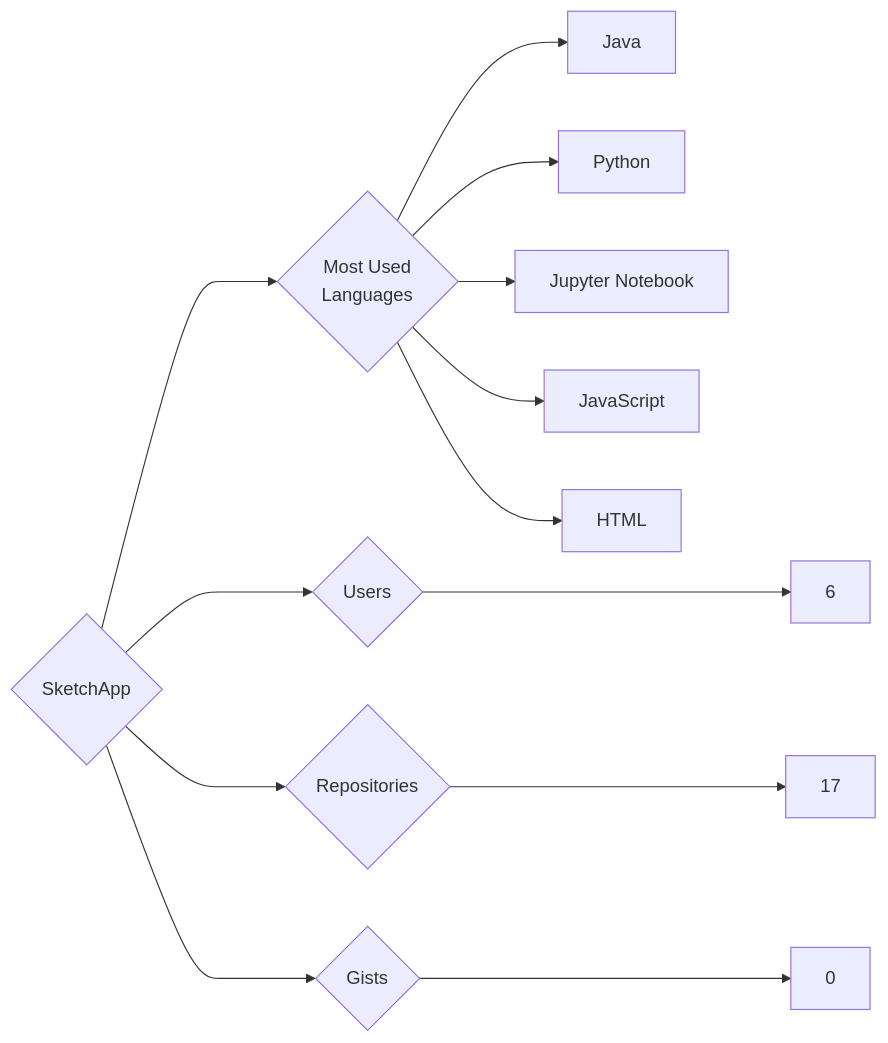
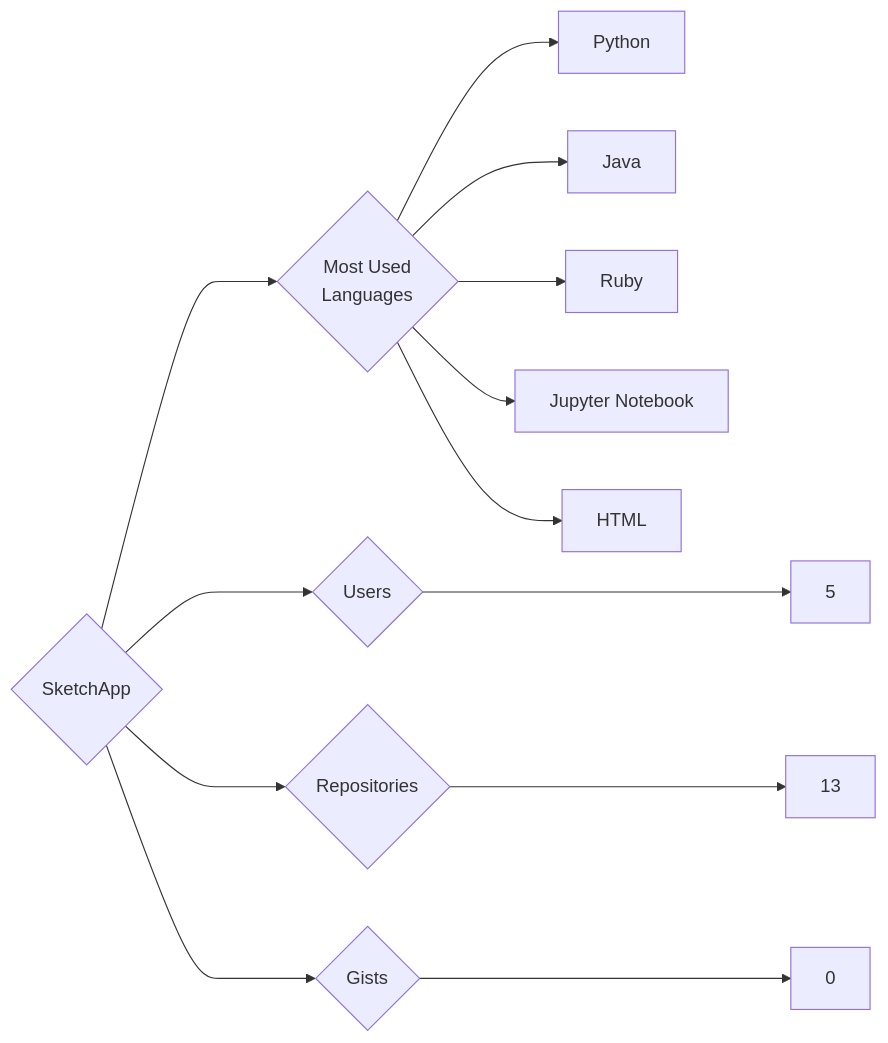
Before and after one commit to trickest/insiders: the diagram in targets/SketchApp/README.md, drawn with Mermaid. The commit also changed 1484 other files, not shown here.

````diff
--- a/targets/SketchApp/README.md
+++ b/targets/SketchApp/README.md
@@ -3,13 +3,13 @@
 ```mermaid
 graph LR
 COMPANY_NAME{SketchApp}
-COMPANY_NAME ---> U{Users} ---> UN[6]
-COMPANY_NAME ---> R{Repositories} ---> RN[17]
+COMPANY_NAME ---> U{Users} ---> UN[5]
+COMPANY_NAME ---> R{Repositories} ---> RN[13]
 COMPANY_NAME ---> G{Gists} ---> GN[0]
 COMPANY_NAME ---> ML{Most Used<br>Languages}
+ML --> Python[Python]
 ML --> Java[Java]
-ML --> Python[Python]
+ML --> Ruby[Ruby]
 ML --> Jupyter_Notebook[Jupyter Notebook]
-ML --> JavaScript[JavaScript]
 ML --> HTML[HTML]
 ```
````
